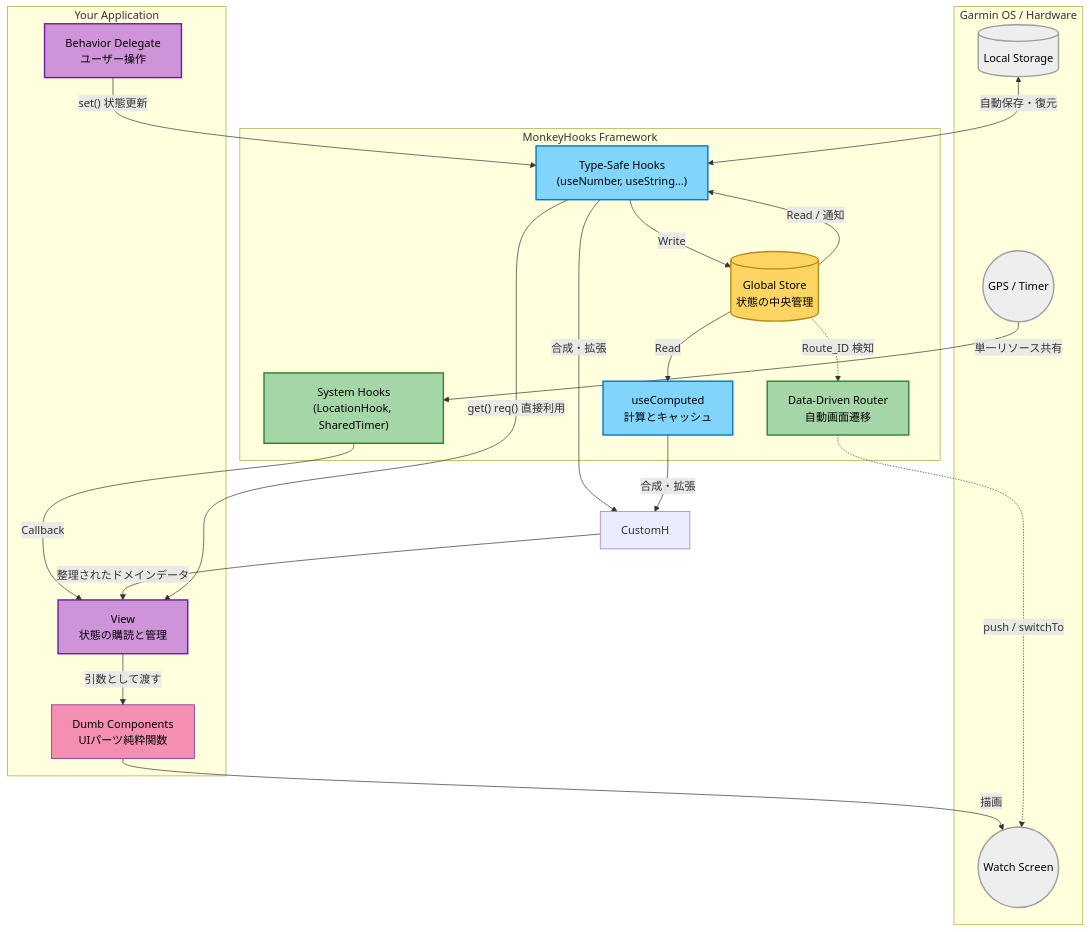
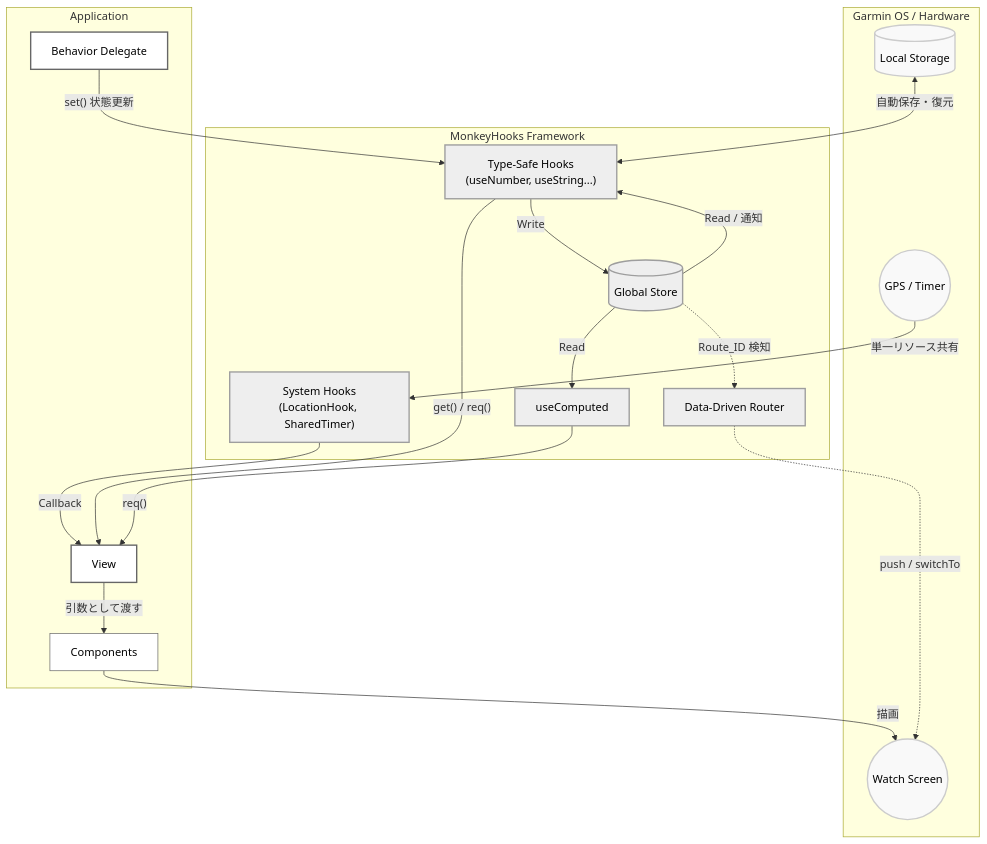
One commit to tomopumipumi/yamakage changed the diagram in yamakage-watch-app/source/lib/monkey-hooks/README.jpn.md. Above: the diagram before and after it, drawn with Mermaid. The commit also changed other lines of this file and 20 other files, not shown here.

````diff
--- a/yamakage-watch-app/source/lib/monkey-hooks/README.jpn.md
+++ b/yamakage-watch-app/source/lib/monkey-hooks/README.jpn.md
@@ -26,54 +26,50 @@
 ```mermaid
 graph TD
-    classDef store fill:#fbd462,stroke:#b38c20,stroke-width:2px,color:#000
-    classDef hooks fill:#81d4fa,stroke:#0277bd,stroke-width:2px,color:#000
-    classDef sys fill:#a5d6a7,stroke:#2e7d32,stroke-width:2px,color:#000
-    classDef view fill:#ce93d8,stroke:#6a1b9a,stroke-width:2px,color:#000
-    classDef comp fill:#f48fb1,stroke:#6a1b9a,stroke-width:1px,color:#000
-    classDef os fill:#eeeeee,stroke:#9e9e9e,stroke-width:2px,color:#000
-    classDef custom fill:#e1bee7,stroke:#6a1b9a,stroke-width:2px,stroke-dasharray: 4 4,color:#000
+    classDef store fill:#eeeeee,stroke:#9e9e9e,stroke-width:2px,color:#000
+    classDef hooks fill:#eeeeee,stroke:#9e9e9e,stroke-width:2px,color:#000
+    classDef sys fill:#eeeeee,stroke:#9e9e9e,stroke-width:2px,color:#000
+    classDef view fill:#ffffff,stroke:#666666,stroke-width:2px,color:#000
+    classDef comp fill:#ffffff,stroke:#666666,stroke-width:1px,color:#000
+    classDef os fill:#f9f9f9,stroke:#cccccc,stroke-width:2px,color:#000
 
     subgraph "Garmin OS / Hardware"
         Sensors((GPS / Timer)):::os
         Storage[(Local Storage)]:::os
         Screen((Watch Screen)):::os
     end
 
     subgraph "MonkeyHooks Framework"
         SystemH["System Hooks<br/>(LocationHook, SharedTimer)"]:::sys
-        Router[Data-Driven Router<br/>自動画面遷移]:::sys
-        Store[(Global Store<br/>状態の中央管理)]:::store
+        Router[Data-Driven Router]:::sys
+        Store[(Global Store)]:::store
         
         Hooks["Type-Safe Hooks<br/>(useNumber, useString...)"]:::hooks
-        Computed[useComputed<br/>計算とキャッシュ]:::hooks
+        Computed[useComputed]:::hooks
     end
 
-    subgraph "Your Application"
-        Delegate[Behavior Delegate<br/>ユーザー操作]:::view
-        View[View<br/>状態の購読と管理]:::view
-        Dumb[Components<br/>UIパーツ純粋関数]:::comp
-        Dumb[Dumb Components<br/>UIパーツ純粋関数]:::comp
+    subgraph "Application"
+        Delegate[Behavior Delegate]:::view
+        View[View]:::view
+        Dumb[Components]:::comp
     end
 
     Sensors -->|単一リソース共有| SystemH
     Storage <-->|自動保存・復元| Hooks
     
     SystemH -->|Callback| View
     Delegate -->|"set() 状態更新"| Hooks
     Hooks -->|Write| Store
     
     Store -->|Read / 通知| Hooks
     Store -->|Read| Computed
 
-    Hooks -->|合成・拡張| CustomH
-    Computed -->|合成・拡張| CustomH
-    CustomH -->|整理されたドメインデータ| View
-    Hooks --->|"get() req() 直接利用"| View
+    Hooks --->|"get() / req()"| View
+    Computed --->|"req()"| View
     
     View -->|引数として渡す| Dumb
     Dumb -->|描画| Screen
     
     Store -.->|Route_ID 検知| Router
     Router -.->|push / switchTo| Screen
 
 ```
````
